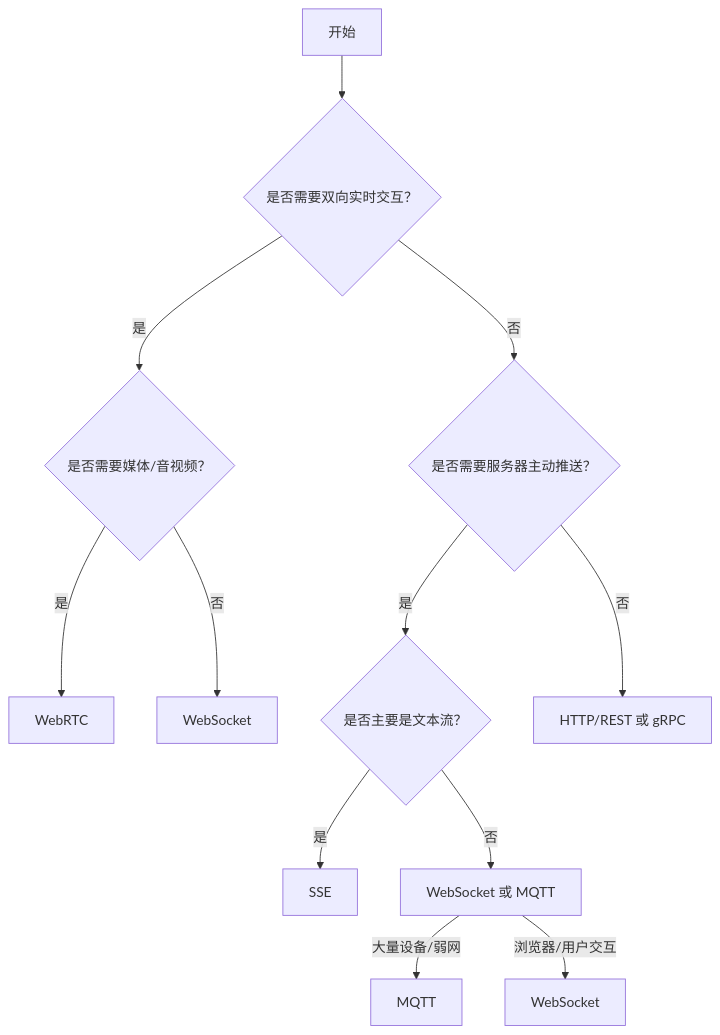
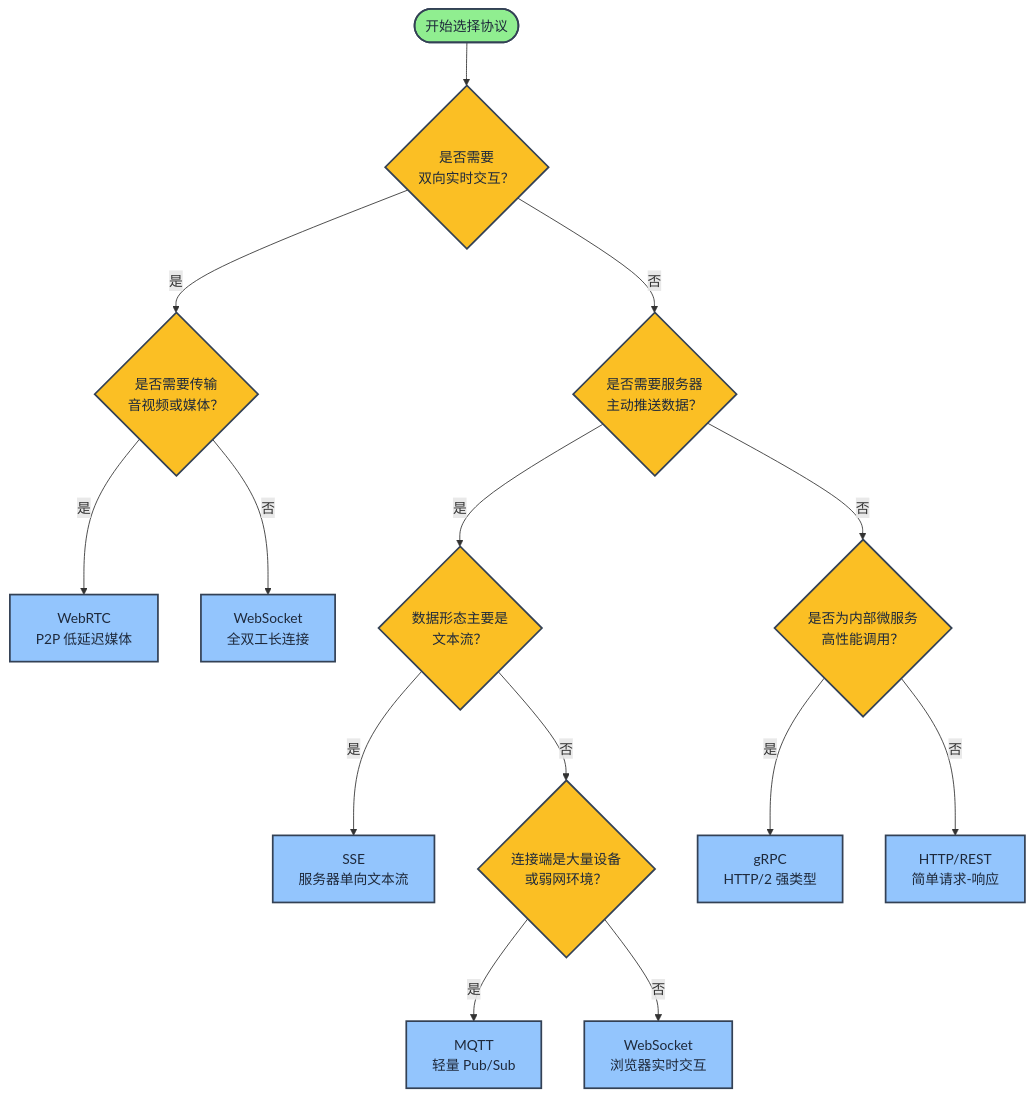
One commit to ALVIN-YANG/ylq-box changed the first of 4 diagrams in src/content/docs/network/ai-agent-communication-protocols.md. Above: the diagram before and after it, drawn with Mermaid. The commit also changed other lines of this file and 3 other files, not shown here.

First line of the commit message:
feat(network): 用 mermaid-diagrams skill 重写 AI Agent 通信协议选型图并启用站点 mermaid 渲染

````diff
--- a/src/content/docs/network/ai-agent-communication-protocols.md
+++ b/src/content/docs/network/ai-agent-communication-protocols.md
@@ -214,14 +214,30 @@
 ```mermaid
 flowchart TD
-    A[开始] --> B{是否需要双向实时交互？}
-    B -->|是| C{是否需要媒体/音视频？}
-    B -->|否| D{是否需要服务器主动推送？}
-    C -->|是| E[WebRTC]
-    C -->|否| F[WebSocket]
-    D -->|是| G{是否主要是文本流？}
-    D -->|否| H[HTTP/REST 或 gRPC]
-    G -->|是| I[SSE]
-    G -->|否| J[WebSocket 或 MQTT]
-    J -->|大量设备/弱网| K[MQTT]
-    J -->|浏览器/用户交互| L[WebSocket]
+    Start([开始选择协议]) --> Bidirectional{是否需要<br/>双向实时交互？}
+
+    Bidirectional -->|是| Media{是否需要传输<br/>音视频或媒体？}
+    Bidirectional -->|否| Push{是否需要服务器<br/>主动推送数据？}
+
+    Media -->|是| WebRTC[WebRTC<br/>P2P 低延迟媒体]
+    Media -->|否| WebSocket[WebSocket<br/>全双工长连接]
+
+    Push -->|是| TextStream{数据形态主要是<br/>文本流？}
+    Push -->|否| InternalCall{是否为内部微服务<br/>高性能调用？}
+
+    TextStream -->|是| SSE[SSE<br/>服务器单向文本流]
+    TextStream -->|否| Scale{连接端是大量设备<br/>或弱网环境？}
+
+    Scale -->|是| MQTT[MQTT<br/>轻量 Pub/Sub]
+    Scale -->|否| WebSocket2[WebSocket<br/>浏览器实时交互]
+
+    InternalCall -->|是| gRPC[gRPC<br/>HTTP/2 强类型]
+    InternalCall -->|否| HTTP[HTTP/REST<br/>简单请求-响应]
+
+    classDef startEnd fill:#90EE90,stroke:#334155,stroke-width:2px,color:#1e293b
+    classDef decision fill:#fbbf24,stroke:#334155,stroke-width:2px,color:#1e293b
+    classDef protocol fill:#93c5fd,stroke:#334155,stroke-width:2px,color:#1e293b
+
+    class Start startEnd
+    class Bidirectional,Media,Push,TextStream,InternalCall,Scale decision
+    class WebRTC,WebSocket,SSE,MQTT,WebSocket2,gRPC,HTTP protocol
 ```
````
